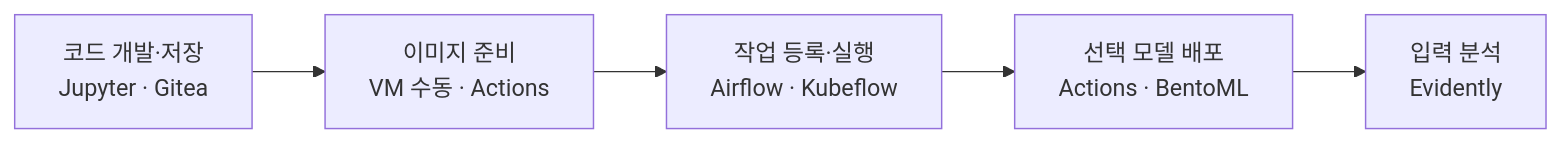
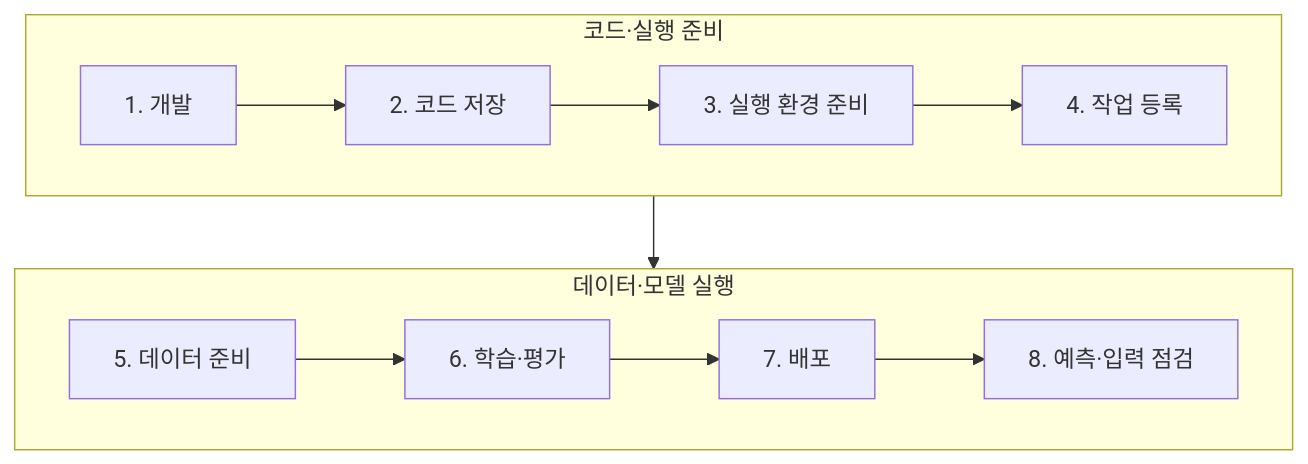
Before and after one commit to HeesangJin/tech-blog: the diagram in docs/mlops/model-serving-monitoring.md, drawn with Mermaid. The commit also changed other lines of this file, not shown here.

Commit message:
Align diagram and article with eight user tasks

````diff
--- a/docs/mlops/model-serving-monitoring.md
+++ b/docs/mlops/model-serving-monitoring.md
@@ -28,9 +28,12 @@
 ```mermaid
-flowchart LR
-    G["코드 개발·저장<br/>Jupyter · Gitea"]
-    I["이미지 준비<br/>VM 수동 · Actions"]
-    R["작업 등록·실행<br/>Airflow · Kubeflow"]
-    S["선택 모델 배포<br/>Actions · BentoML"]
-    M["입력 분석<br/>Evidently"]
-    G --> I --> R --> S --> M
+flowchart TB
+    subgraph PREP["코드·실행 준비"]
+        direction LR
+        A["1. 개발"] --> B["2. 코드 저장"] --> C["3. 실행 환경 준비"] --> D["4. 작업 등록"]
+    end
+    subgraph RUN["데이터·모델 실행"]
+        direction LR
+        E["5. 데이터 준비"] --> F["6. 학습·평가"] --> G["7. 배포"] --> H["8. 예측·입력 점검"]
+    end
+    PREP --> RUN
 ```
````
